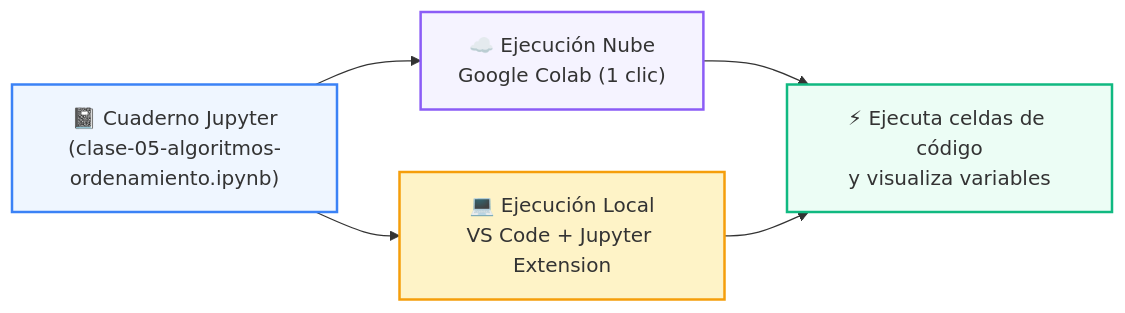
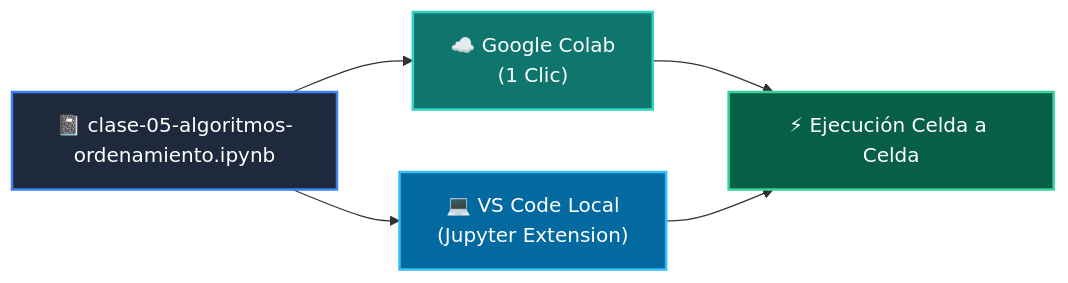
One commit to wisrovi/wisrovi-python changed the diagram in 02-algoritmos-estructuras/clase-05-algoritmos-ordenamiento/notebook/README.md. Above: the diagram before and after it, drawn with Mermaid. The commit also changed other lines of this file and 271 other files, not shown here.

Commit message:
docs: rewrite all README.md files with bespoke topic-specific Mermaid diagrams and remove repetitive boilerplate

````diff
--- a/02-algoritmos-estructuras/clase-05-algoritmos-ordenamiento/notebook/README.md
+++ b/02-algoritmos-estructuras/clase-05-algoritmos-ordenamiento/notebook/README.md
@@ -14,12 +12,12 @@
 ```mermaid
 flowchart LR
-    NB["📓 Cuaderno Jupyter<br/>(clase-05-algoritmos-ordenamiento.ipynb)"] --> COLAB["☁️ Ejecución Nube<br/>Google Colab (1 clic)"]
-    NB --> LOCAL["💻 Ejecución Local<br/>VS Code + Jupyter Extension"]
-    COLAB --> RUN["⚡ Ejecuta celdas de código<br/>y visualiza variables"]
+    NB["📓 clase-05-algoritmos-ordenamiento.ipynb"] --> COLAB["☁️ Google Colab<br/>(1 Clic)"]
+    NB --> LOCAL["💻 VS Code Local<br/>(Jupyter Extension)"]
+    COLAB --> RUN["⚡ Ejecución Celda a Celda"]
     LOCAL --> RUN
 
-    style NB fill:#eff6ff,stroke:#3b82f6,stroke-width:2px
-    style COLAB fill:#f5f3ff,stroke:#8b5cf6,stroke-width:2px
-    style LOCAL fill:#fef3c7,stroke:#f59e0b,stroke-width:2px
-    style RUN fill:#ecfdf5,stroke:#10b981,stroke-width:2px
+    style NB fill:#1e293b,color:#fff,stroke:#3b82f6,stroke-width:2px
+    style COLAB fill:#0f766e,color:#fff,stroke:#2dd4bf,stroke-width:2px
+    style LOCAL fill:#0369a1,color:#fff,stroke:#38bdf8,stroke-width:2px
+    style RUN fill:#065f46,color:#fff,stroke:#34d399,stroke-width:2px
 ```
````
